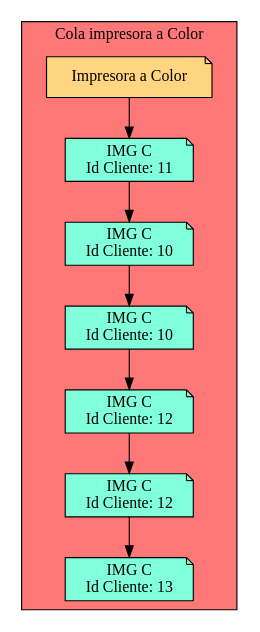
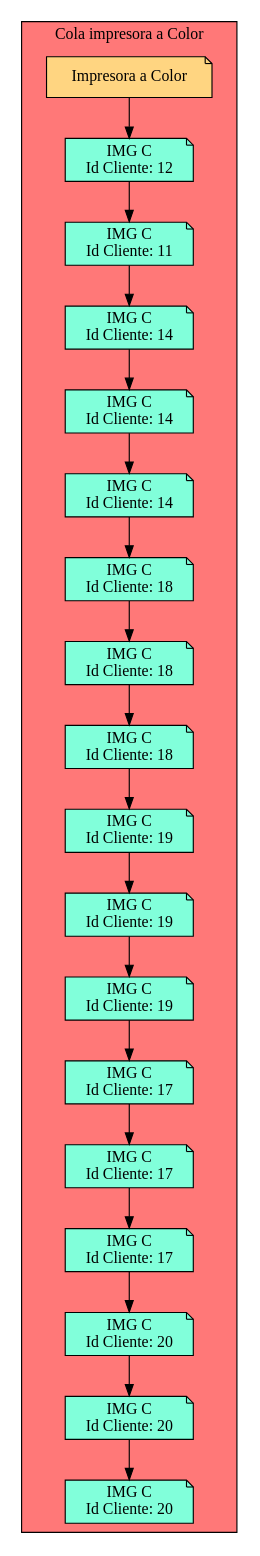
One commit to Serch-ING/EDD_UDRAWING_202000119 changed the diagram in Cola_Print_color.dot. Above: the diagram before and after it, drawn with Graphviz. The commit also changed 22 other files, not shown here.

```diff
--- a/Cola_Print_color.dot
+++ b/Cola_Print_color.dot
@@ -1,29 +1,73 @@
 digraph L {
 node[shape=note fillcolor="#A181FF" style =filled]
 subgraph cluster_p{
     label= " Cola impresora a Color "
  raiz[label = "Impresora a Color" fillcolor="#FFD581" ]    bgcolor = "#FF7878"
-Nodo148626113[label="IMG C 
+Nodo2005169944[label="IMG C 
+Id Cliente: 12",fillcolor="#81FFDA"]
+Nodo1321530272[label="IMG C 
 Id Cliente: 11",fillcolor="#81FFDA"]
-Nodo1847637306[label="IMG C 
-Id Cliente: 10",fillcolor="#81FFDA"]
-Nodo1904253191[label="IMG C 
-Id Cliente: 10",fillcolor="#81FFDA"]
-Nodo1666607455[label="IMG C 
-Id Cliente: 12",fillcolor="#81FFDA"]
-Nodo1327006586[label="IMG C 
-Id Cliente: 12",fillcolor="#81FFDA"]
-Nodo1045997582[label="IMG C 
-Id Cliente: 13",fillcolor="#81FFDA"]
+Nodo1239759990[label="IMG C 
+Id Cliente: 14",fillcolor="#81FFDA"]
+Nodo891093184[label="IMG C 
+Id Cliente: 14",fillcolor="#81FFDA"]
+Nodo708533063[label="IMG C 
+Id Cliente: 14",fillcolor="#81FFDA"]
+Nodo711327356[label="IMG C 
+Id Cliente: 18",fillcolor="#81FFDA"]
+Nodo68377659[label="IMG C 
+Id Cliente: 18",fillcolor="#81FFDA"]
+Nodo1661123505[label="IMG C 
+Id Cliente: 18",fillcolor="#81FFDA"]
+Nodo1427381743[label="IMG C 
+Id Cliente: 19",fillcolor="#81FFDA"]
+Nodo1427646530[label="IMG C 
+Id Cliente: 19",fillcolor="#81FFDA"]
+Nodo846254484[label="IMG C 
+Id Cliente: 19",fillcolor="#81FFDA"]
+Nodo592983282[label="IMG C 
+Id Cliente: 17",fillcolor="#81FFDA"]
+Nodo1448525331[label="IMG C 
+Id Cliente: 17",fillcolor="#81FFDA"]
+Nodo1108924067[label="IMG C 
+Id Cliente: 17",fillcolor="#81FFDA"]
+Nodo1671179293[label="IMG C 
+Id Cliente: 20",fillcolor="#81FFDA"]
+Nodo1609124502[label="IMG C 
+Id Cliente: 20",fillcolor="#81FFDA"]
+Nodo1144068272[label="IMG C 
+Id Cliente: 20",fillcolor="#81FFDA"]
 
-raiz->Nodo148626113
-Nodo148626113 -> Nodo1847637306
+raiz->Nodo2005169944
+Nodo2005169944 -> Nodo1321530272
 
-Nodo1847637306 -> Nodo1904253191
+Nodo1321530272 -> Nodo1239759990
 
-Nodo1904253191 -> Nodo1666607455
+Nodo1239759990 -> Nodo891093184
 
-Nodo1666607455 -> Nodo1327006586
+Nodo891093184 -> Nodo708533063
 
-Nodo1327006586 -> Nodo1045997582
+Nodo708533063 -> Nodo711327356
+
+Nodo711327356 -> Nodo68377659
+
+Nodo68377659 -> Nodo1661123505
+
+Nodo1661123505 -> Nodo1427381743
+
+Nodo1427381743 -> Nodo1427646530
+
+Nodo1427646530 -> Nodo846254484
+
+Nodo846254484 -> Nodo592983282
+
+Nodo592983282 -> Nodo1448525331
+
+Nodo1448525331 -> Nodo1108924067
+
+Nodo1108924067 -> Nodo1671179293
+
+Nodo1671179293 -> Nodo1609124502
+
+Nodo1609124502 -> Nodo1144068272
 }}
```
